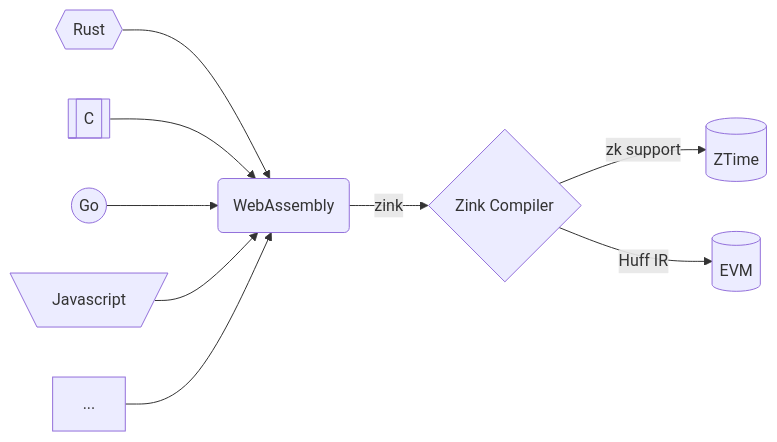
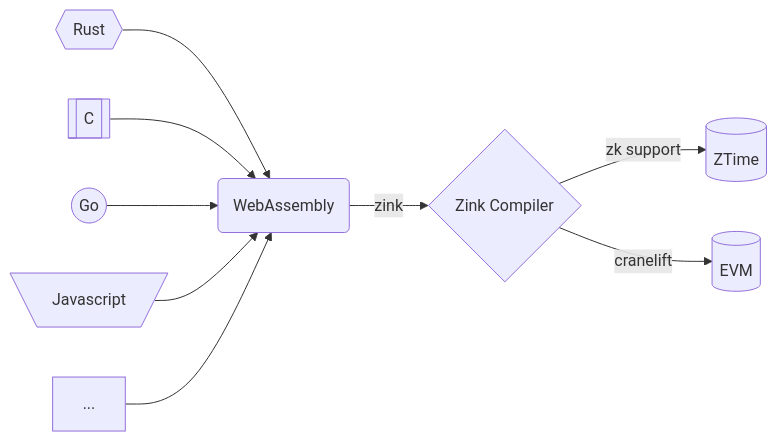
Before and after one commit to zink-lang/zink: the diagram in README.md, drawn with Mermaid. The commit also changed 4 other files, not shown here.

````diff
--- a/README.md
+++ b/README.md
@@ -13,11 +13,11 @@
 ```mermaid
 flowchart LR
     A{{Rust}} --> W(WebAssembly)
     B[[C]] --> W
     C((Go)) --> W
     D[\Javascript/] --> W
     E[...] --> W
     W --> |zink| Z{Zink Compiler}
     Z --> |zk support| T[(ZTime)]
-    Z --> |Huff IR| V[(EVM)]
+    Z --> |cranelift| V[(EVM)]
 ```
````
